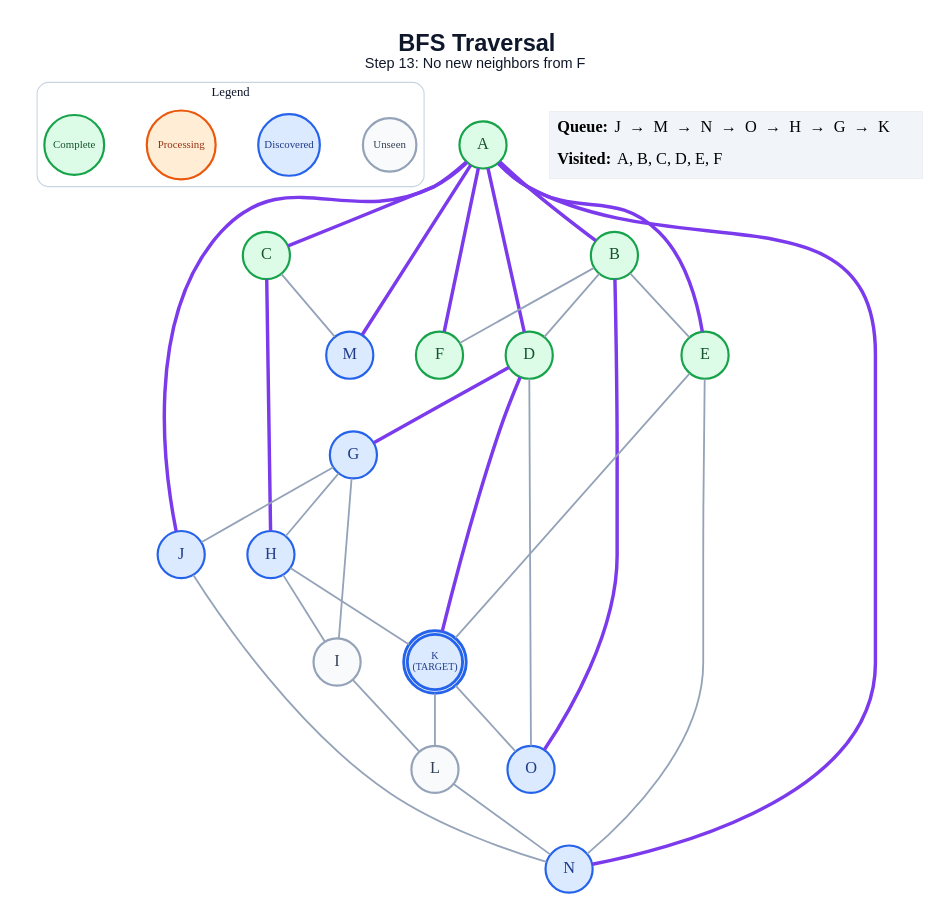
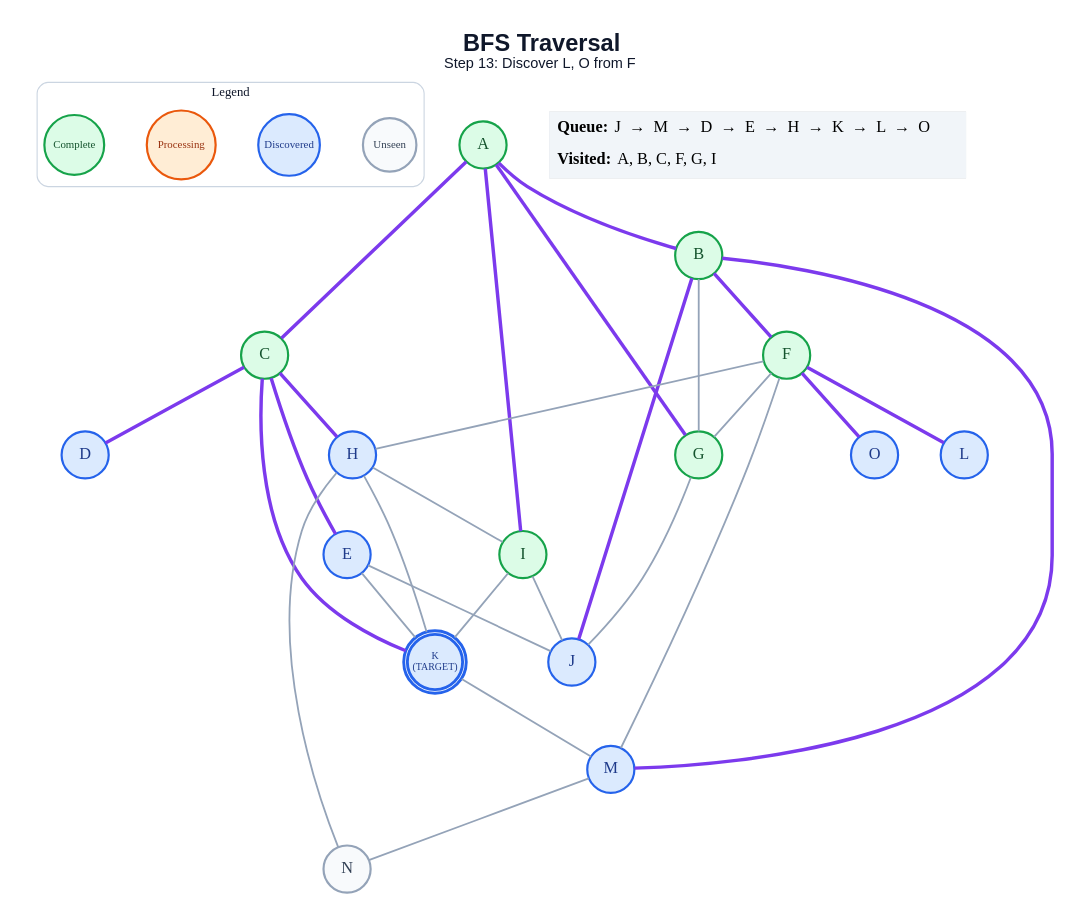
One commit to anon7238593-create/ai-slop changed the diagram in generated/specific-node/bfs/step_13.dot. Above: the diagram before and after it, drawn with Graphviz. The commit also changed 211 other files, not shown here.

```diff
--- a/generated/specific-node/bfs/step_13.dot
+++ b/generated/specific-node/bfs/step_13.dot
@@ -1,63 +1,61 @@
 graph traversal {
   graph [layout=dot, rankdir=TB, bgcolor="#FFFFFF", pad="0.35", nodesep="0.65", ranksep="0.8", fontname="Arial"];
   node [shape=circle, style="filled", fontname="Arial Bold", fontsize=18, width=0.72, fixedsize=true, penwidth=2.4];
   edge [color="#94A3B8", penwidth=2.0];
-  label=<<B>BFS Traversal</B><BR/><FONT POINT-SIZE="16">Step 13: No new neighbors from F</FONT>>; labelloc="t"; fontsize=26; fontname="Arial"; fontcolor="#0F172A";
+  label=<<B>BFS Traversal</B><BR/><FONT POINT-SIZE="16">Step 13: Discover L, O from F</FONT>>; labelloc="t"; fontsize=26; fontname="Arial"; fontcolor="#0F172A";
   subgraph cluster_legend { label="Legend"; color="#CBD5E1"; penwidth=1.2; style="rounded"; fontsize=14; fontname="Arial Bold";
     key_unseen [label="Unseen", fillcolor="#F8FAFC", color="#94A3B8", fontcolor="#334155", fontsize=12, width=0.82];
     key_frontier [label="Discovered", fillcolor="#DBEAFE", color="#2563EB", fontcolor="#1E3A8A", fontsize=12, width=0.95];
     key_current [label="Processing", fillcolor="#FFEDD5", color="#EA580C", fontcolor="#9A3412", fontsize=12, width=1.05];
     key_done [label="Complete", fillcolor="#DCFCE7", color="#16A34A", fontcolor="#14532D", fontsize=12, width=0.92];
     { rank=same; key_unseen; key_frontier; key_current; key_done; }
   }
   A [label="A", fillcolor="#DCFCE7", color="#16A34A", fontcolor="#14532D", peripheries=1, penwidth=2.4];
   B [label="B", fillcolor="#DCFCE7", color="#16A34A", fontcolor="#14532D", peripheries=1, penwidth=2.4];
   C [label="C", fillcolor="#DCFCE7", color="#16A34A", fontcolor="#14532D", peripheries=1, penwidth=2.4];
-  D [label="D", fillcolor="#DCFCE7", color="#16A34A", fontcolor="#14532D", peripheries=1, penwidth=2.4];
-  E [label="E", fillcolor="#DCFCE7", color="#16A34A", fontcolor="#14532D", peripheries=1, penwidth=2.4];
+  D [label="D", fillcolor="#DBEAFE", color="#2563EB", fontcolor="#1E3A8A", peripheries=1, penwidth=2.4];
+  E [label="E", fillcolor="#DBEAFE", color="#2563EB", fontcolor="#1E3A8A", peripheries=1, penwidth=2.4];
   F [label="F", fillcolor="#DCFCE7", color="#16A34A", fontcolor="#14532D", peripheries=1, penwidth=2.4];
-  G [label="G", fillcolor="#DBEAFE", color="#2563EB", fontcolor="#1E3A8A", peripheries=1, penwidth=2.4];
+  G [label="G", fillcolor="#DCFCE7", color="#16A34A", fontcolor="#14532D", peripheries=1, penwidth=2.4];
   H [label="H", fillcolor="#DBEAFE", color="#2563EB", fontcolor="#1E3A8A", peripheries=1, penwidth=2.4];
-  I [label="I", fillcolor="#F8FAFC", color="#94A3B8", fontcolor="#334155", peripheries=1, penwidth=2.4];
+  I [label="I", fillcolor="#DCFCE7", color="#16A34A", fontcolor="#14532D", peripheries=1, penwidth=2.4];
   J [label="J", fillcolor="#DBEAFE", color="#2563EB", fontcolor="#1E3A8A", peripheries=1, penwidth=2.4];
   K [label="K\n(TARGET)", fillcolor="#DBEAFE", color="#2563EB", fontcolor="#1E3A8A", peripheries=2, penwidth=3.2, fontsize=11, width=0.85, height=0.85];
-  L [label="L", fillcolor="#F8FAFC", color="#94A3B8", fontcolor="#334155", peripheries=1, penwidth=2.4];
+  L [label="L", fillcolor="#DBEAFE", color="#2563EB", fontcolor="#1E3A8A", peripheries=1, penwidth=2.4];
   M [label="M", fillcolor="#DBEAFE", color="#2563EB", fontcolor="#1E3A8A", peripheries=1, penwidth=2.4];
-  N [label="N", fillcolor="#DBEAFE", color="#2563EB", fontcolor="#1E3A8A", peripheries=1, penwidth=2.4];
+  N [label="N", fillcolor="#F8FAFC", color="#94A3B8", fontcolor="#334155", peripheries=1, penwidth=2.4];
   O [label="O", fillcolor="#DBEAFE", color="#2563EB", fontcolor="#1E3A8A", peripheries=1, penwidth=2.4];
   A -- B [color="#7C3AED", penwidth=3.8];
   A -- C [color="#7C3AED", penwidth=3.8];
-  A -- D [color="#7C3AED", penwidth=3.8];
-  A -- E [color="#7C3AED", penwidth=3.8];
-  A -- F [color="#7C3AED", penwidth=3.8];
-  A -- J [color="#7C3AED", penwidth=3.8];
-  A -- M [color="#7C3AED", penwidth=3.8];
-  A -- N [color="#7C3AED", penwidth=3.8];
-  B -- D;
-  B -- E;
-  B -- F;
-  B -- O [color="#7C3AED", penwidth=3.8];
+  A -- G [color="#7C3AED", penwidth=3.8];
+  A -- I [color="#7C3AED", penwidth=3.8];
+  B -- F [color="#7C3AED", penwidth=3.8];
+  B -- G;
+  B -- J [color="#7C3AED", penwidth=3.8];
+  B -- M [color="#7C3AED", penwidth=3.8];
+  C -- D [color="#7C3AED", penwidth=3.8];
+  C -- E [color="#7C3AED", penwidth=3.8];
   C -- H [color="#7C3AED", penwidth=3.8];
-  C -- M;
-  D -- G [color="#7C3AED", penwidth=3.8];
-  D -- K [color="#7C3AED", penwidth=3.8];
-  D -- O;
+  C -- K [color="#7C3AED", penwidth=3.8];
+  E -- J;
   E -- K;
-  E -- N;
-  G -- H;
-  G -- I;
+  F -- G;
+  F -- H;
+  F -- L [color="#7C3AED", penwidth=3.8];
+  F -- M;
+  F -- O [color="#7C3AED", penwidth=3.8];
   G -- J;
   H -- I;
   H -- K;
-  I -- L;
-  J -- N;
-  K -- L;
-  K -- O;
-  L -- N;
+  H -- N;
+  I -- J;
+  I -- K;
+  K -- M;
+  M -- N;
   status [shape=plain, fixedsize=false, width=0, height=0, margin=0, label=<
     <TABLE BORDER="0" CELLBORDER="0" CELLPADDING="7" BGCOLOR="#F1F5F9">
-      <TR><TD ALIGN="LEFT"><B>Queue:</B> J  →  M  →  N  →  O  →  H  →  G  →  K</TD></TR>
-      <TR><TD ALIGN="LEFT"><B>Visited:</B> A, B, C, D, E, F</TD></TR>
+      <TR><TD ALIGN="LEFT"><B>Queue:</B> J  →  M  →  D  →  E  →  H  →  K  →  L  →  O</TD></TR>
+      <TR><TD ALIGN="LEFT"><B>Visited:</B> A, B, C, F, G, I</TD></TR>
     </TABLE>
   >];
 }
```
